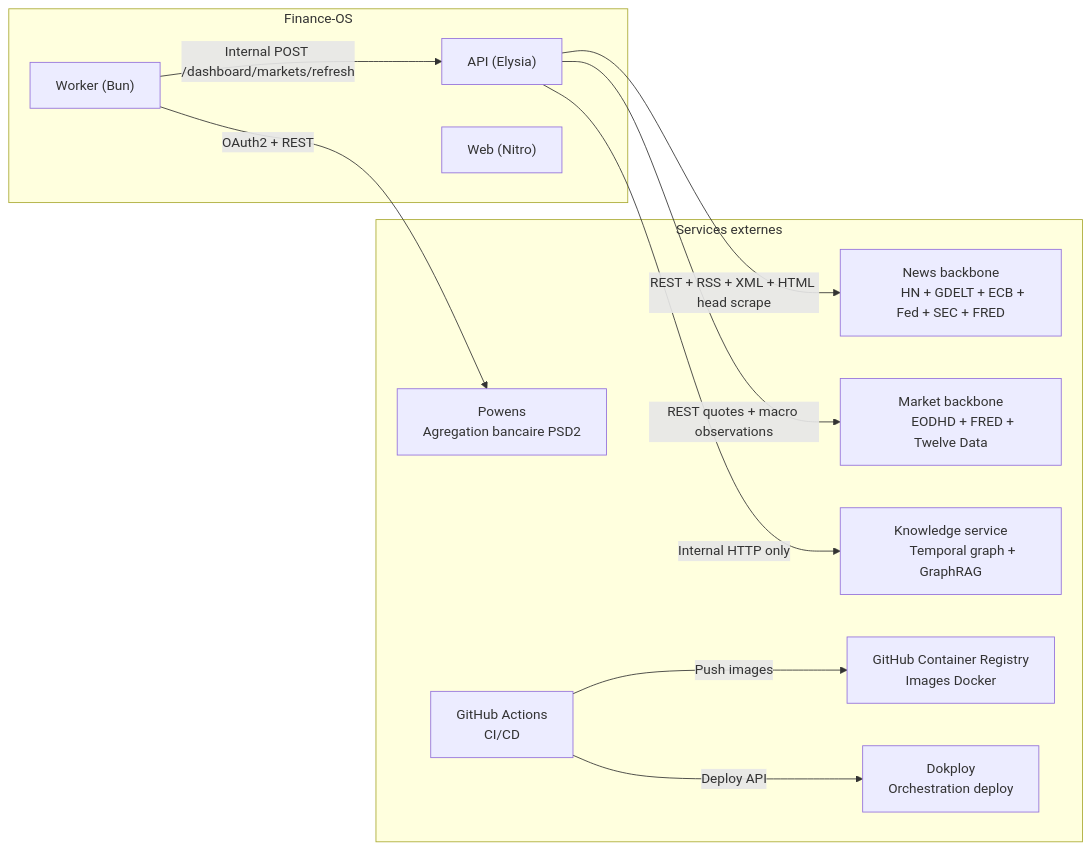
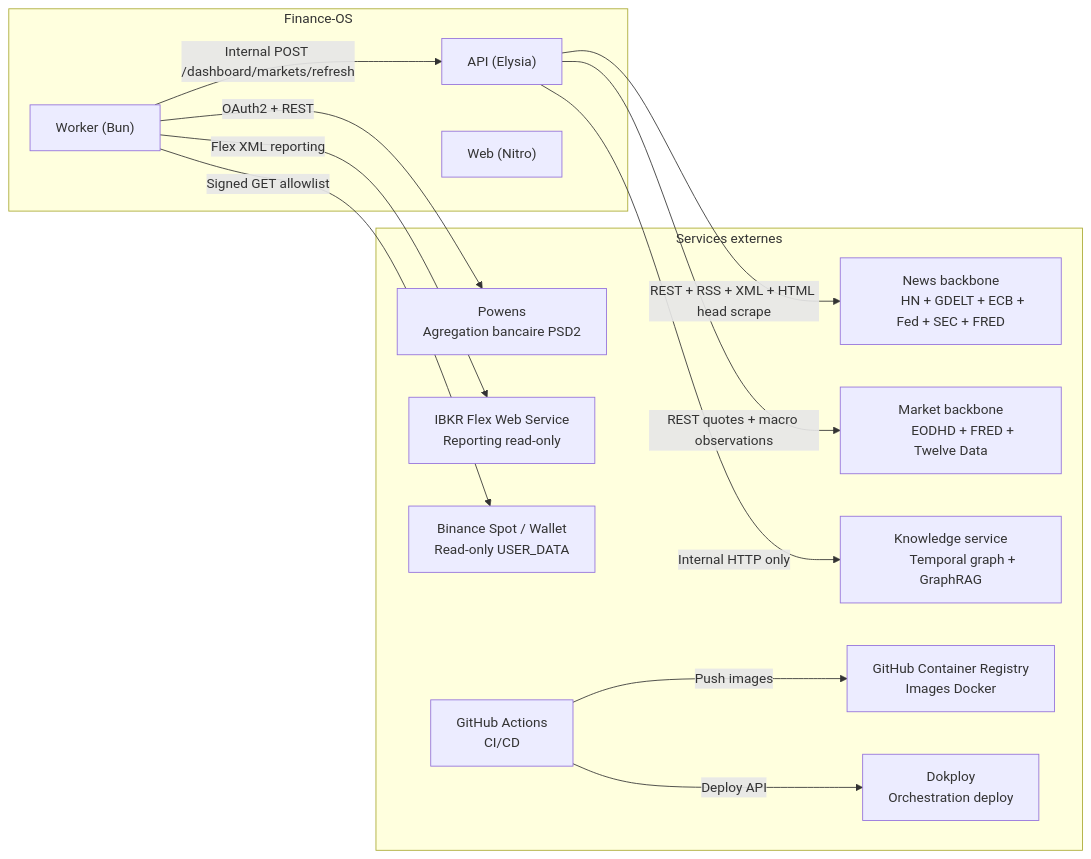
One commit to BigZoo92/finance-os changed the diagram in docs/context/EXTERNAL-SERVICES.md. Above: the diagram before and after it, drawn with Mermaid. The commit also changed other lines of this file and 97 other files, not shown here.

````diff
--- a/docs/context/EXTERNAL-SERVICES.md
+++ b/docs/context/EXTERNAL-SERVICES.md
@@ -11,33 +11,39 @@
 ```mermaid
 graph LR
     subgraph "Finance-OS"
         API["API (Elysia)"]
         Worker["Worker (Bun)"]
         Web["Web (Nitro)"]
     end
 
     subgraph "Services externes"
         Powens["Powens
         Agregation bancaire PSD2"]
+        IBKR["IBKR Flex Web Service
+        Reporting read-only"]
+        Binance["Binance Spot / Wallet
+        Read-only USER_DATA"]
         NewsBackbone["News backbone
         HN + GDELT + ECB + Fed + SEC + FRED"]
         MarketBackbone["Market backbone
         EODHD + FRED + Twelve Data"]
         Knowledge["Knowledge service
         Temporal graph + GraphRAG"]
         GHCR["GitHub Container Registry
         Images Docker"]
         Dokploy["Dokploy
         Orchestration deploy"]
         GHA["GitHub Actions
         CI/CD"]
     end
 
     Worker -->|"OAuth2 + REST"| Powens
+    Worker -->|"Flex XML reporting"| IBKR
+    Worker -->|"Signed GET allowlist"| Binance
     API -->|"REST + RSS + XML + HTML head scrape"| NewsBackbone
     API -->|"REST quotes + macro observations"| MarketBackbone
     API -->|"Internal HTTP only"| Knowledge
     Worker -->|"Internal POST /dashboard/markets/refresh"| API
     GHA -->|"Push images"| GHCR
     GHA -->|"Deploy API"| Dokploy
 ```
````
